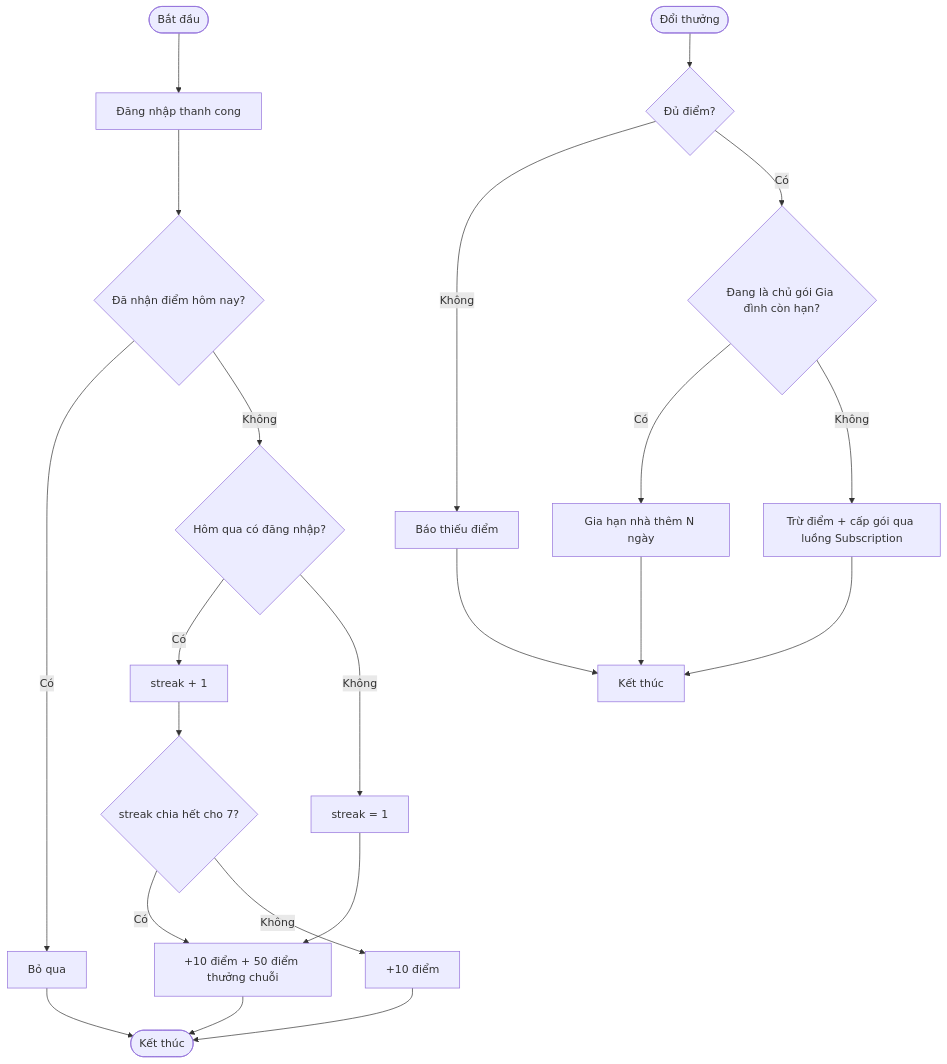
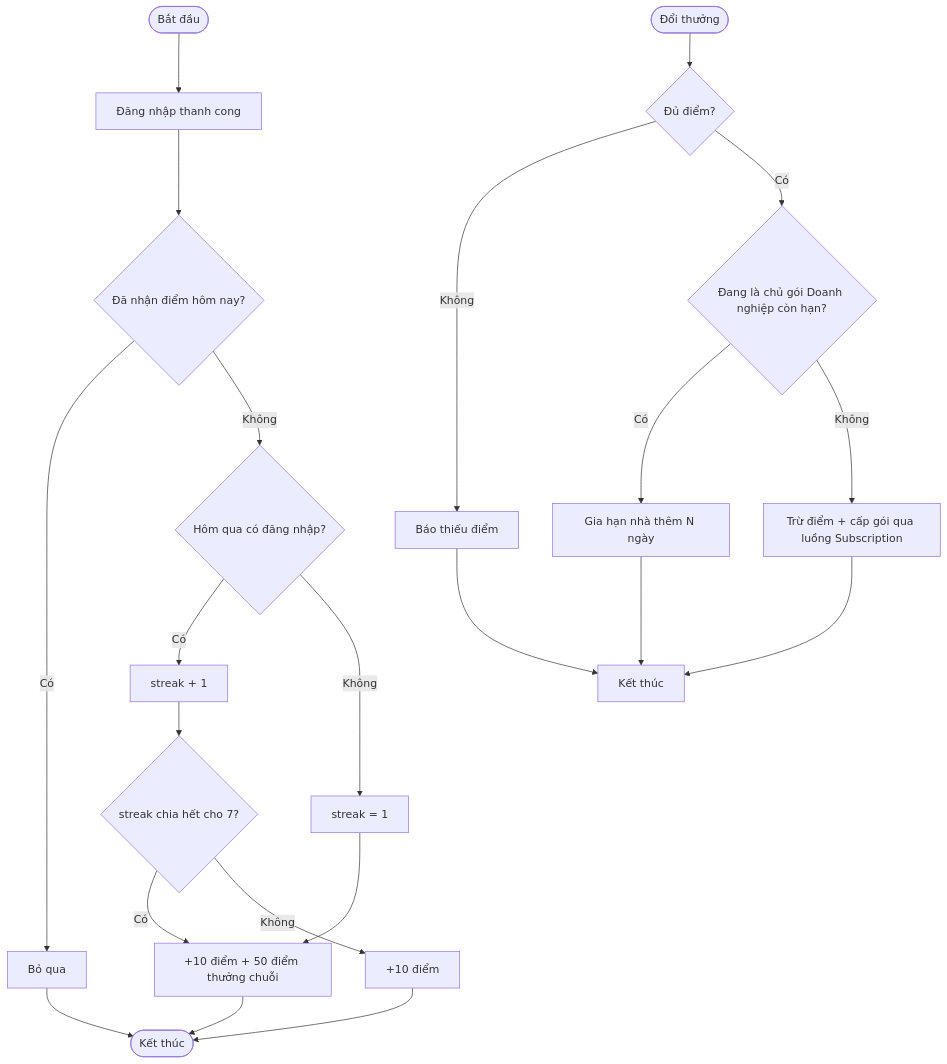
One commit to Dieter9905/MN-Qronx changed the seventh of 7 diagrams in BA/02_MN-Qronx_Diagrams.md. Above: the diagram before and after it, drawn with Mermaid. The commit also changed other lines of this file and 20 other files, not shown here.

````diff
--- a/BA/02_MN-Qronx_Diagrams.md
+++ b/BA/02_MN-Qronx_Diagrams.md
@@ -317,21 +317,21 @@
 ```mermaid
 flowchart TD
     Start([Bắt đầu]) --> Login[Đăng nhập thanh cong]
     Login --> Today{Đã nhận điểm hôm nay?}
     Today -- Có --> Skip[Bỏ qua] --> End([Kết thúc])
     Today -- Không --> Streak{Hôm qua có đăng nhập?}
     Streak -- Có --> Plus1[streak + 1] --> Bonus{streak chia hết cho 7?}
     Streak -- Không --> Reset[streak = 1] --> Add
     Bonus -- Có --> Add[+10 điểm + 50 điểm thưởng chuỗi]
     Bonus -- Không --> Add2[+10 điểm]
     Add --> End
     Add2 --> End
 
     End2([Đổi thưởng]) --> Check{Đủ điểm?}
     Check -- Không --> Fail[Báo thiếu điểm] --> End3[Kết thúc]
-    Check -- Có --> IsFamily{Đang là chủ gói Gia đình còn hạn?}
+    Check -- Có --> IsFamily{Đang là chủ gói Doanh nghiệp còn hạn?}
     IsFamily -- Có --> ExtendFamily[Gia hạn nhà thêm N ngày]
     IsFamily -- Không --> Apply[Trừ điểm + cấp gói qua luồng Subscription]
     ExtendFamily --> End3
     Apply --> End3
 ```
````
